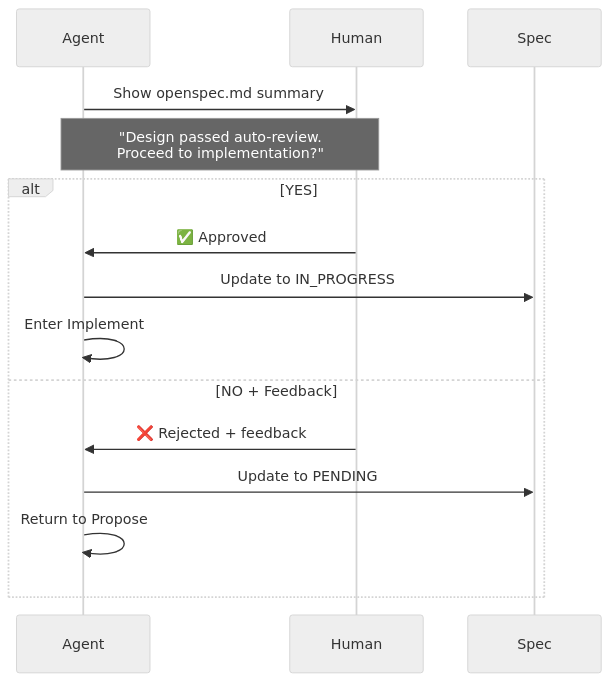
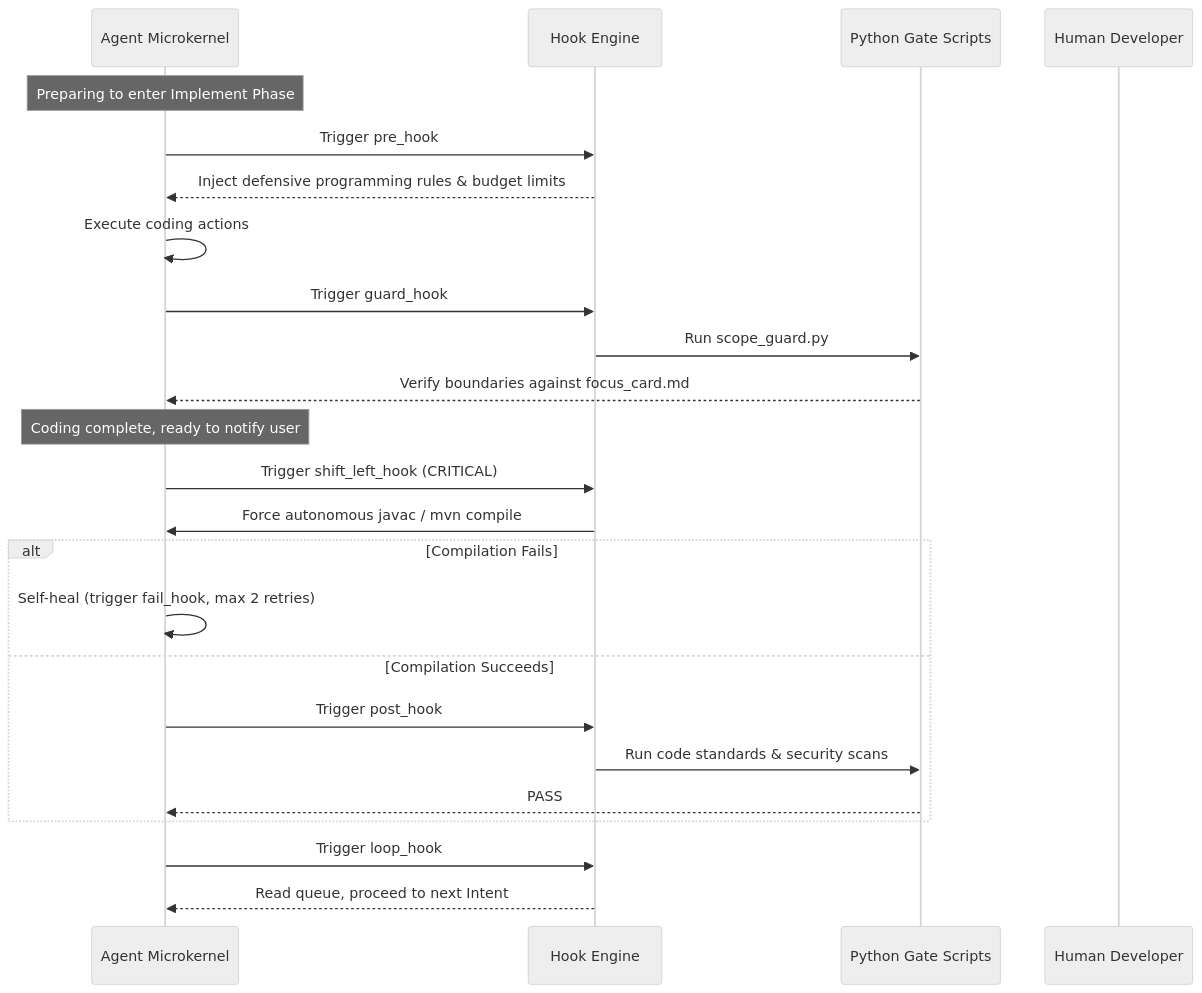
The fourth of 5 diagrams in ENGINEERING_MANUAL.md (listener-He/java-harness-agent), drawn with Mermaid (neutral theme) before and after one commit. The commit also changed other lines of this file and 37 other files, not shown here.

````diff
--- a/ENGINEERING_MANUAL.md
+++ b/ENGINEERING_MANUAL.md
@@ -891,19 +426,30 @@
 ```mermaid
 sequenceDiagram
-  participant Agent
-  participant Human
-  participant Spec
-
-  Agent->>Human: Show openspec.md summary
-  Note over Agent,Human: "Design passed auto-review.<br/>Proceed to implementation?"
-
-  alt YES
-    Human->>Agent: ✅ Approved
-    Agent->>Spec: Update to IN_PROGRESS
-    Agent->>Agent: Enter Implement
-  else NO + Feedback
-    Human->>Agent: ❌ Rejected + feedback
-    Agent->>Spec: Update to PENDING
-    Agent->>Agent: Return to Propose
-  end
+    participant Agent as Agent Microkernel
+    participant Hook as Hook Engine
+    participant Gate as Python Gate Scripts
+    participant Human as Human Developer
+    
+    Note over Agent: Preparing to enter Implement Phase
+    Agent->>Hook: Trigger pre_hook
+    Hook-->>Agent: Inject defensive programming rules & budget limits
+    
+    Agent->>Agent: Execute coding actions
+    Agent->>Hook: Trigger guard_hook
+    Hook->>Gate: Run scope_guard.py
+    Gate-->>Agent: Verify boundaries against focus_card.md
+    
+    Note over Agent: Coding complete, ready to notify user
+    Agent->>Hook: Trigger shift_left_hook (CRITICAL)
+    Hook->>Agent: Force autonomous javac / mvn compile
+    alt Compilation Fails
+        Agent->>Agent: Self-heal (trigger fail_hook, max 2 retries)
+    else Compilation Succeeds
+        Agent->>Hook: Trigger post_hook
+        Hook->>Gate: Run code standards & security scans
+        Gate-->>Agent: PASS
+    end
+    
+    Agent->>Hook: Trigger loop_hook
+    Hook-->>Agent: Read queue, proceed to next Intent
 ```
````
